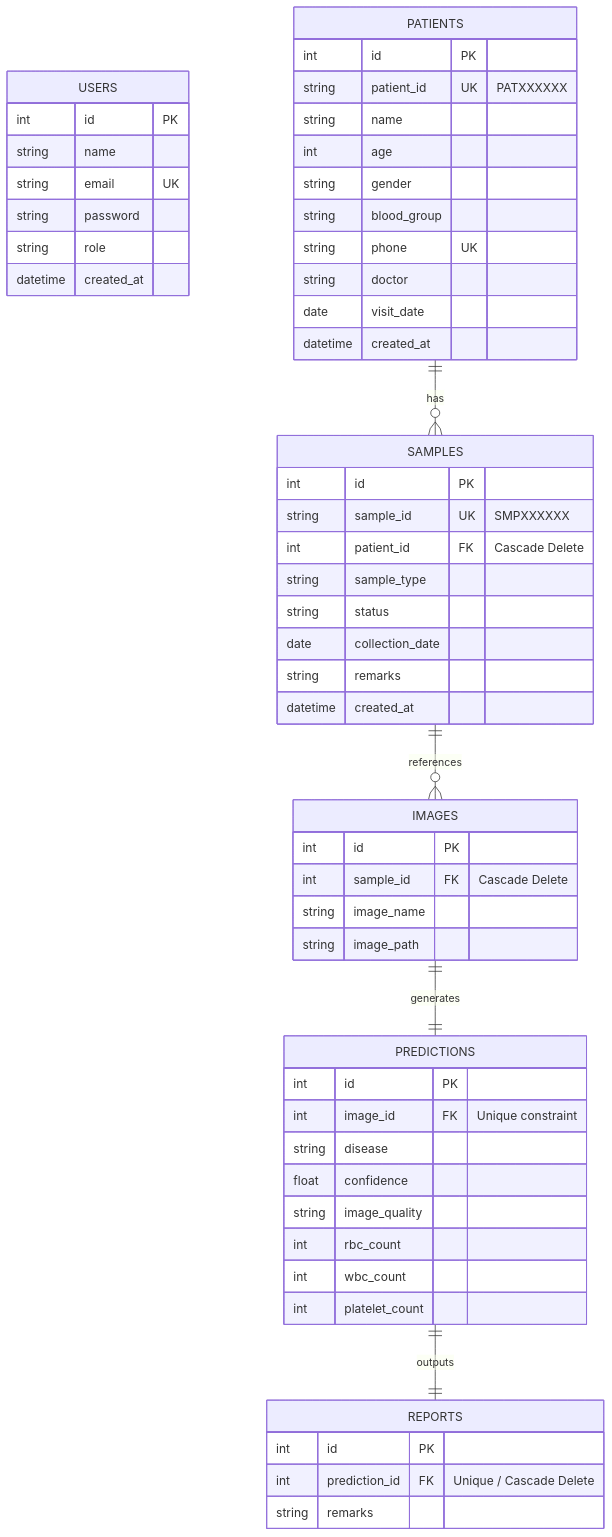
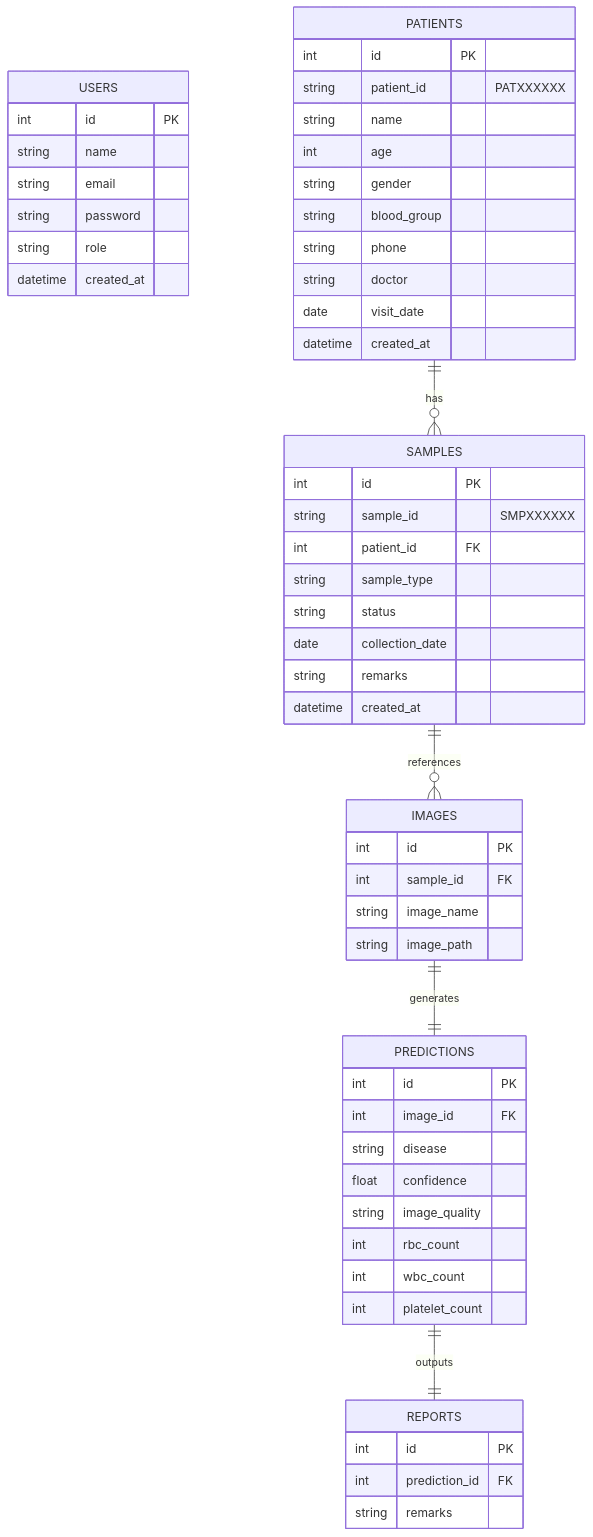
Before and after one commit to raj-deep-20/LabVision-AI: the second of 3 diagrams in README.md, drawn with Mermaid. The commit also changed other lines of this file, not shown here.

Commit message:
docs: fix Mermaid diagram syntax in README for GitHub rendering

````diff
--- a/README.md
+++ b/README.md
@@ -102,64 +102,64 @@
 ```mermaid
 erDiagram
     USERS {
         int id PK
         string name
-        string email UK
+        string email
         string password
         string role
         datetime created_at
     }
     
     PATIENTS {
         int id PK
-        string patient_id UK "PATXXXXXX"
+        string patient_id "PATXXXXXX"
         string name
         int age
         string gender
         string blood_group
-        string phone UK
+        string phone
         string doctor
         date visit_date
         datetime created_at
     }
 
     SAMPLES {
         int id PK
-        string sample_id UK "SMPXXXXXX"
-        int patient_id FK "Cascade Delete"
+        string sample_id "SMPXXXXXX"
+        int patient_id FK
         string sample_type
         string status
         date collection_date
         string remarks
         datetime created_at
     }
 
     IMAGES {
         int id PK
-        int sample_id FK "Cascade Delete"
+        int sample_id FK
         string image_name
         string image_path
     }
 
     PREDICTIONS {
         int id PK
-        int image_id FK "Unique constraint"
+        int image_id FK
         string disease
         float confidence
         string image_quality
         int rbc_count
         int wbc_count
         int platelet_count
     }
 
     REPORTS {
         int id PK
-        int prediction_id FK "Unique / Cascade Delete"
+        int prediction_id FK
         string remarks
     }
 
     PATIENTS ||--o{ SAMPLES : "has"
     SAMPLES ||--o{ IMAGES : "references"
     IMAGES ||--|| PREDICTIONS : "generates"
     PREDICTIONS ||--|| REPORTS : "outputs"
 ```
````
